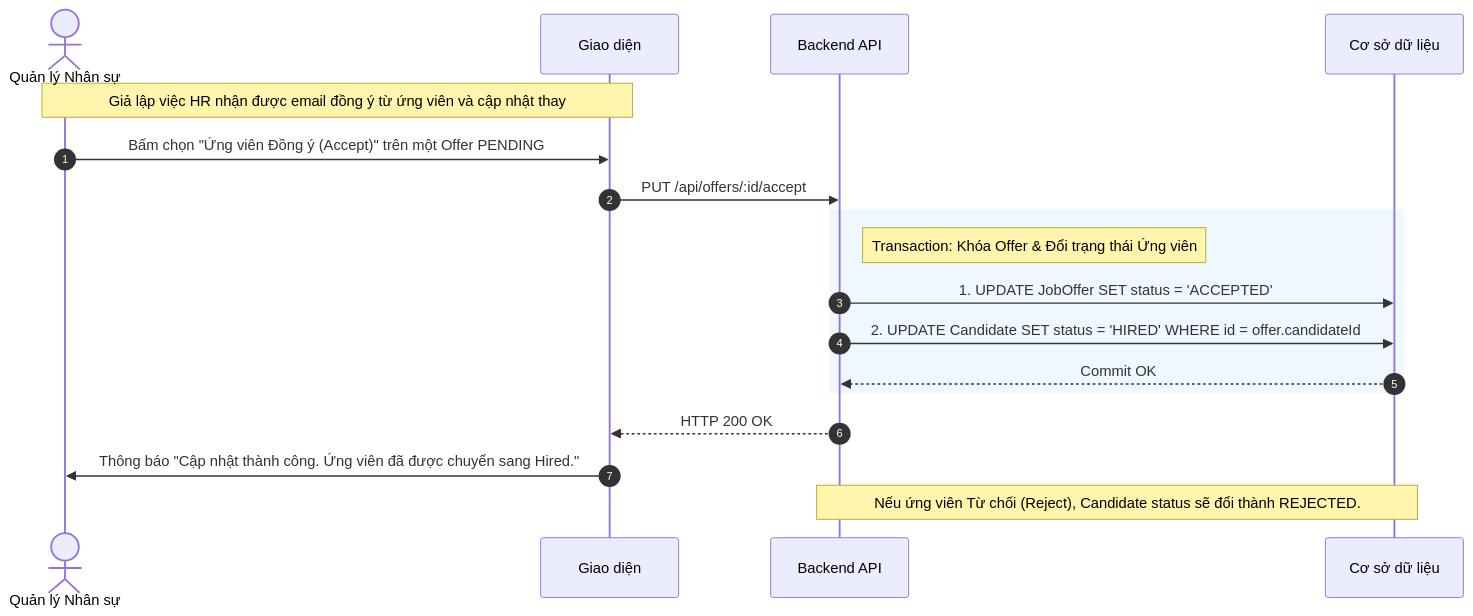
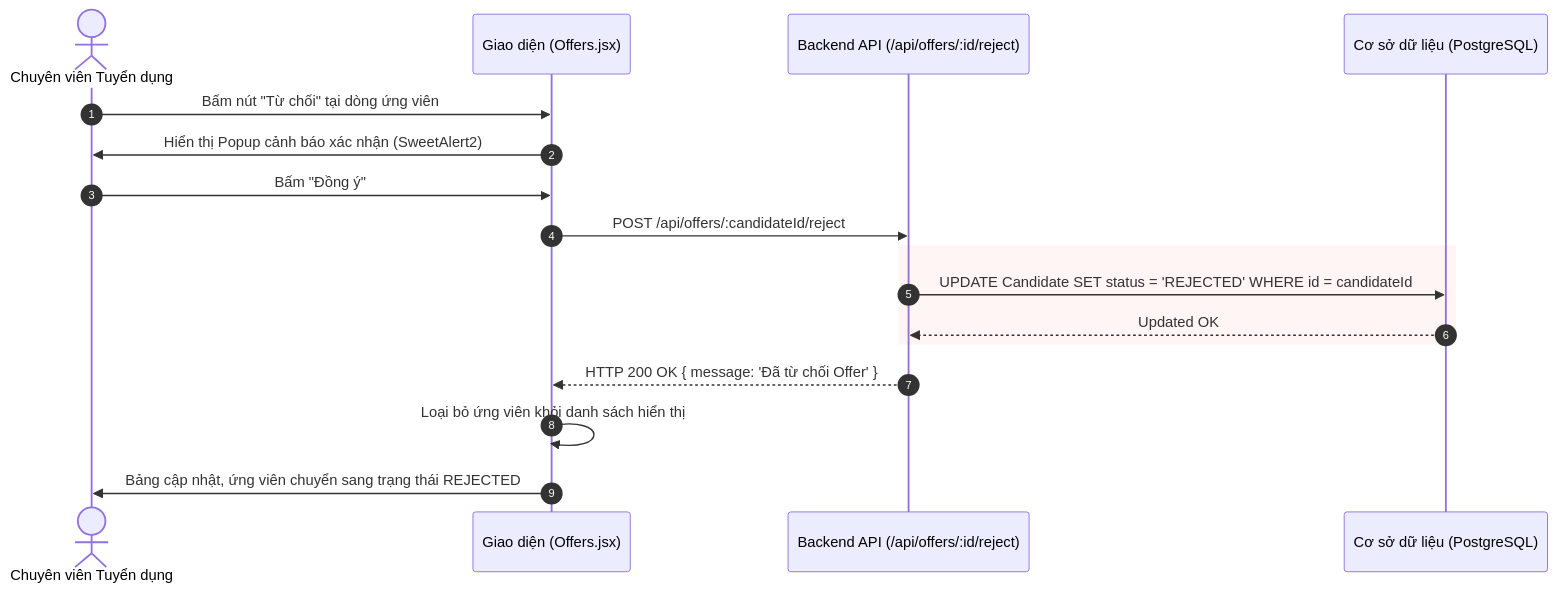
The seventh of 7 diagrams in docs/Tài liệu phân tích nghiệp vụ từng module/Module Tuyển dụng/Chuc-nang-Quan-ly-Offer.md (aye2710/HRM-DATN), drawn with Mermaid before and after one commit. The commit also changed other lines of this file and 27 other files, not shown here.

````diff
--- a/docs/Tài liệu phân tích nghiệp vụ từng module/Module Tuyển dụng/Chuc-nang-Quan-ly-Offer.md
+++ b/docs/Tài liệu phân tích nghiệp vụ từng module/Module Tuyển dụng/Chuc-nang-Quan-ly-Offer.md
@@ -44,24 +266,22 @@
 ```mermaid
 sequenceDiagram
     autonumber
-    actor HR as Quản lý Nhân sự
-    participant FE as Giao diện
-    participant BE as Backend API
-    participant DB as Cơ sở dữ liệu
+    actor HR as Chuyên viên Tuyển dụng
+    participant FE as Giao diện (Offers.jsx)
+    participant BE as Backend API (/api/offers/:id/reject)
+    participant DB as Cơ sở dữ liệu (PostgreSQL)
 
-    note over HR, FE: Giả lập việc HR nhận được email đồng ý từ ứng viên và cập nhật thay
-    HR->>FE: Bấm chọn "Ứng viên Đồng ý (Accept)" trên một Offer PENDING
-    FE->>BE: PUT /api/offers/:id/accept
+    HR->>FE: Bấm nút "Từ chối" tại dòng ứng viên
+    FE->>HR: Hiển thị Popup cảnh báo xác nhận (SweetAlert2)
+    HR->>FE: Bấm "Đồng ý"
     
-    rect rgb(240, 248, 255)
-        note right of BE: Transaction: Khóa Offer & Đổi trạng thái Ứng viên
-        BE->>DB: 1. UPDATE JobOffer SET status = 'ACCEPTED'
-        BE->>DB: 2. UPDATE Candidate SET status = 'HIRED' WHERE id = offer.candidateId
-        DB-->>BE: Commit OK
+    FE->>BE: POST /api/offers/:candidateId/reject
+    rect rgb(255, 245, 245)
+        BE->>DB: UPDATE Candidate SET status = 'REJECTED' WHERE id = candidateId
+        DB-->>BE: Updated OK
     end
     
-    BE-->>FE: HTTP 200 OK
-    FE->>HR: Thông báo "Cập nhật thành công. Ứng viên đã được chuyển sang Hired."
-    
-    note over BE, DB: Nếu ứng viên Từ chối (Reject), Candidate status sẽ đổi thành REJECTED.
+    BE-->>FE: HTTP 200 OK { message: 'Đã từ chối Offer' }
+    FE->>FE: Loại bỏ ứng viên khỏi danh sách hiển thị
+    FE->>HR: Bảng cập nhật, ứng viên chuyển sang trạng thái REJECTED
 ```
````
